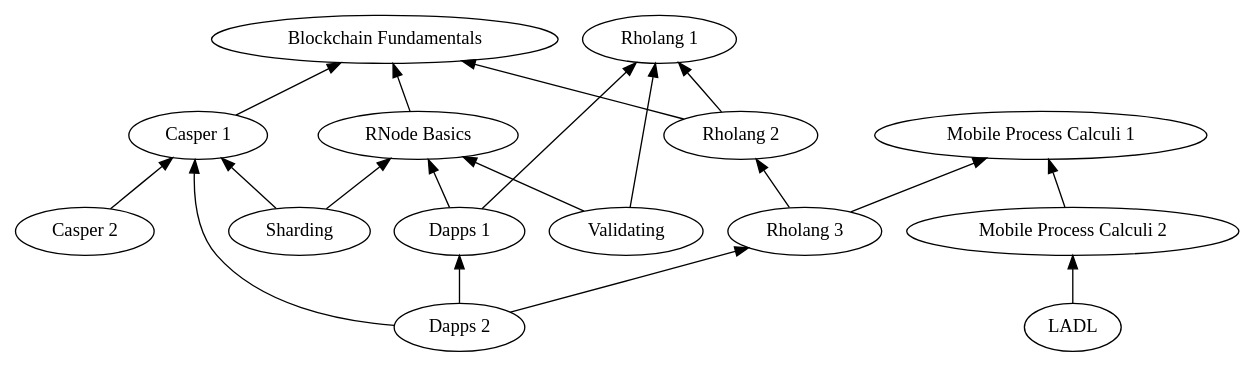
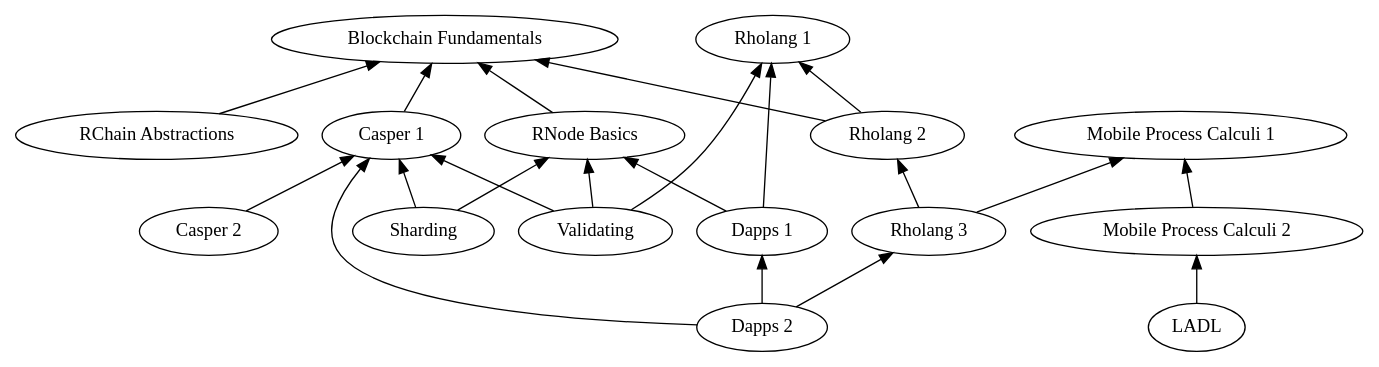
Before and after one commit to rchain/marketing: the diagram in elearning/knowledge-graph.dot, drawn with Graphviz. The commit also changed 2 other files, not shown here.

Commit message:
Updates to knowledge graph at Jack's suggestion.

```diff
--- a/elearning/knowledge-graph.dot
+++ b/elearning/knowledge-graph.dot
@@ -1,51 +1,56 @@
 digraph G {
 
     rankdir=BT
 
     fundamentals [label="Blockchain Fundamentals"];
 
     MPC1 [label="Mobile Process Calculi 1"];
     MPC2 [label="Mobile Process Calculi 2"];
     LADL;
 
     rho1 [label="Rholang 1"];
     rho2 [label="Rholang 2"];
     rho3 [label="Rholang 3"];
 
     rnode1 [label="RNode Basics"];
     rnode2 [label="Validating"];
 
     dapps1 [label="Dapps 1"];
     dapps2 [label="Dapps 2"];
 
     casper1 [label="Casper 1"];
     casper2 [label="Casper 2"];
 
     sharding [label="Sharding"];
 
+    abstractions [label="RChain Abstractions"];
+
     MPC2 -> MPC1;
     LADL -> MPC2;
 
     rho2 -> rho1;
     rho2 -> fundamentals;
     rho3 -> rho2;
     rho3 -> MPC1;
 
     rnode1 -> fundamentals;
     rnode2 -> rnode1;
     rnode2 -> rho1;
+    rnode2 -> casper1;
 
     dapps1 -> rnode1;
     dapps1 -> rho1;
     dapps2 -> dapps1;
     dapps2 -> rho3;
     dapps2 -> casper1;
 
     casper1 -> fundamentals;
     casper2 -> casper1;
 
     sharding -> casper1;
     sharding -> rnode1;
 
+    abstractions -> fundamentals;
+
 	//dapp_dev_cert [shape=Msquare];
 }
```
